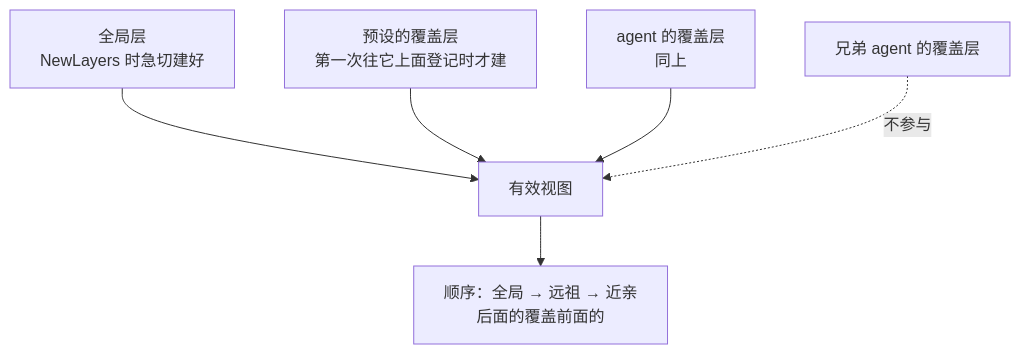
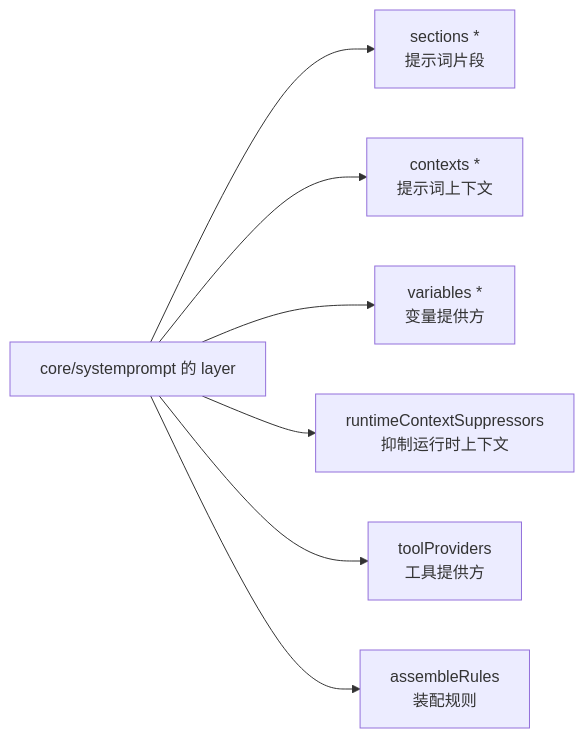
Before and after one commit to snight1983/ds-harness-go: the sixth of 8 diagrams in docs/modules/core-scope.md, drawn with Mermaid. The commit also changed other lines of this file and 195 other files, not shown here.

````diff
--- a/docs/modules/core-scope.md
+++ b/docs/modules/core-scope.md
@@ -362,14 +116,10 @@
 ```mermaid
-flowchart TD
-    G["全局层<br/>NewLayers 时急切建好"]
-    P["预设的覆盖层<br/>第一次往它上面登记时才建"]
-    A["agent 的覆盖层<br/>同上"]
-
-    G --> M["有效视图"]
-    P --> M
-    A --> M
-
-    O["兄弟 agent 的覆盖层"] -.->|"不参与"| M
-
-    M --> ORD["顺序：全局 → 远祖 → 近亲<br/>后面的覆盖前面的"]
+graph LR
+  SP["core/systemprompt 的 layer"]
+  SP --> s1["sections *<br/>提示词片段"]
+  SP --> s2["contexts *<br/>提示词上下文"]
+  SP --> s3["variables *<br/>变量提供方"]
+  SP --> s4["runtimeContextSuppressors<br/>抑制运行时上下文"]
+  SP --> s5["toolProviders<br/>工具提供方"]
+  SP --> s6["assembleRules<br/>装配规则"]
 ```
````
